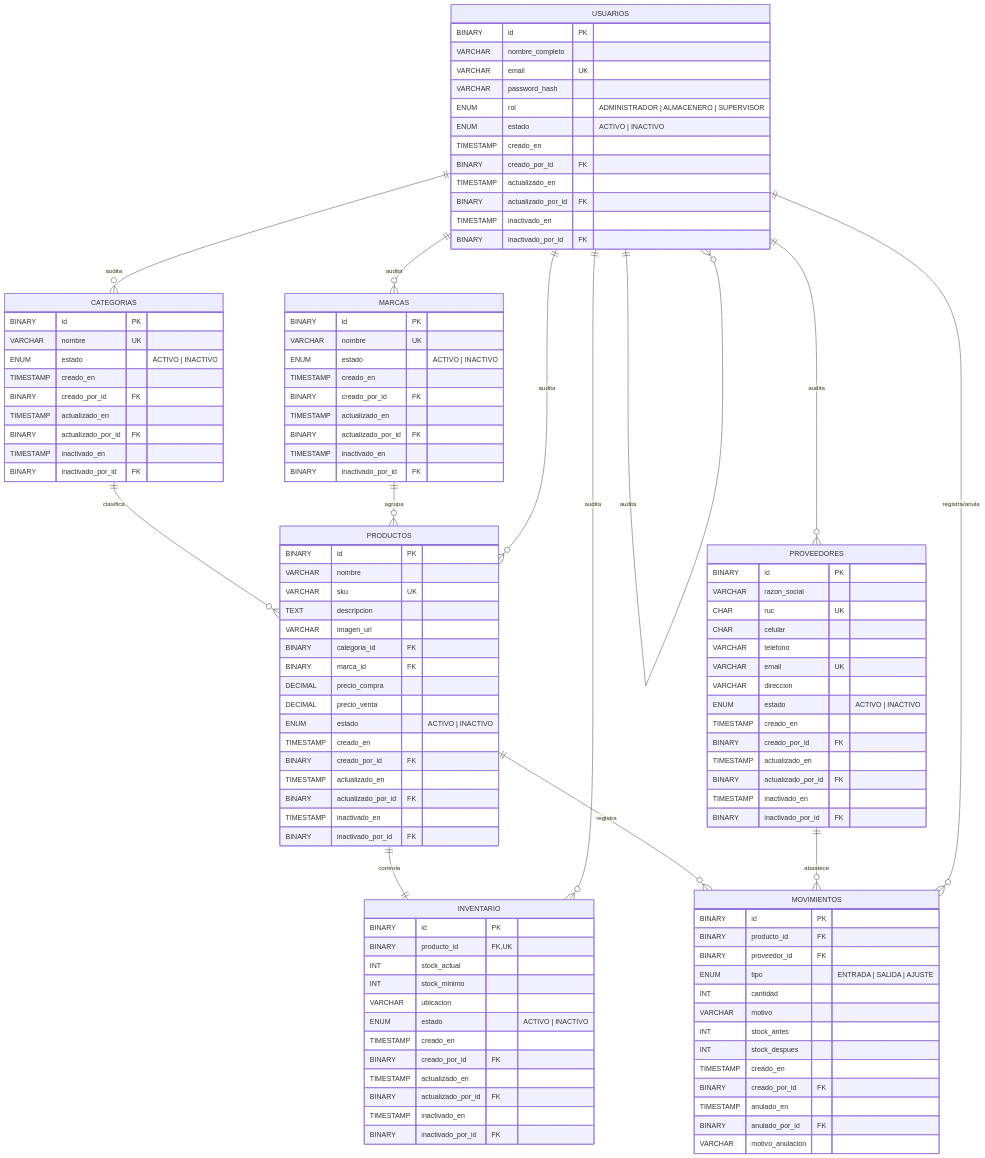
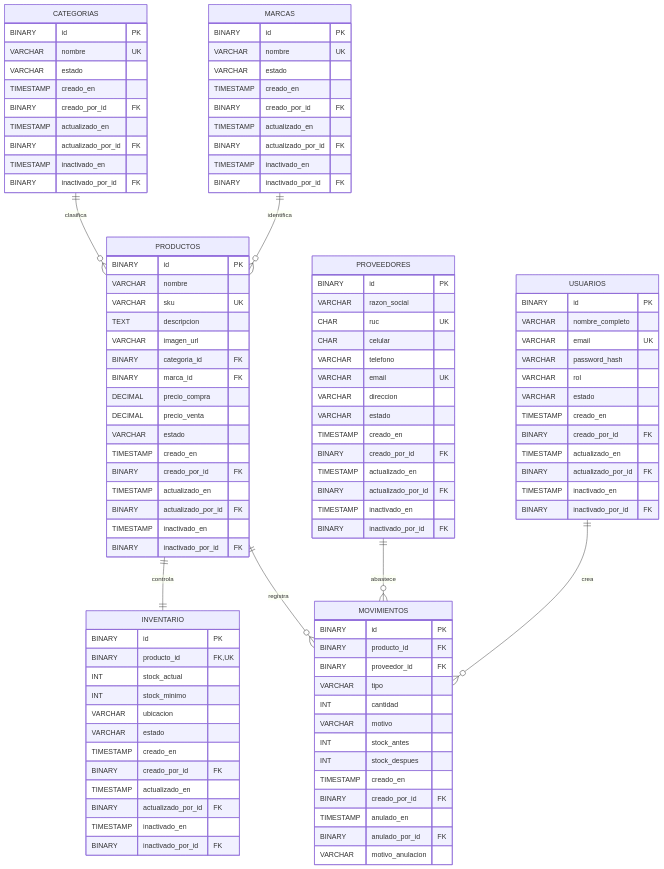
The diagram in README.md (Espiritu16/titishop-backend-springboot), drawn with Mermaid before and after one commit. The commit also changed other lines of this file, not shown here.

````diff
--- a/README.md
+++ b/README.md
@@ -201,8 +312,8 @@
         VARCHAR nombre_completo
         VARCHAR email UK
         VARCHAR password_hash
-        ENUM rol "ADMINISTRADOR | ALMACENERO | SUPERVISOR"
-        ENUM estado "ACTIVO | INACTIVO"
+        VARCHAR rol
+        VARCHAR estado
         TIMESTAMP creado_en
         BINARY creado_por_id FK
         TIMESTAMP actualizado_en
@@ -214,7 +325,7 @@
     CATEGORIAS {
         BINARY id PK
         VARCHAR nombre UK
-        ENUM estado "ACTIVO | INACTIVO"
+        VARCHAR estado
         TIMESTAMP creado_en
         BINARY creado_por_id FK
         TIMESTAMP actualizado_en
@@ -226,7 +337,7 @@
     MARCAS {
         BINARY id PK
         VARCHAR nombre UK
-        ENUM estado "ACTIVO | INACTIVO"
+        VARCHAR estado
         TIMESTAMP creado_en
         BINARY creado_por_id FK
         TIMESTAMP actualizado_en
@@ -245,7 +356,7 @@
         BINARY marca_id FK
         DECIMAL precio_compra
         DECIMAL precio_venta
-        ENUM estado "ACTIVO | INACTIVO"
+        VARCHAR estado
         TIMESTAMP creado_en
         BINARY creado_por_id FK
         TIMESTAMP actualizado_en
@@ -262,7 +373,7 @@
         VARCHAR telefono
         VARCHAR email UK
         VARCHAR direccion
-        ENUM estado "ACTIVO | INACTIVO"
+        VARCHAR estado
         TIMESTAMP creado_en
         BINARY creado_por_id FK
         TIMESTAMP actualizado_en
@@ -277,7 +388,7 @@
         INT stock_actual
         INT stock_minimo
         VARCHAR ubicacion
-        ENUM estado "ACTIVO | INACTIVO"
+        VARCHAR estado
         TIMESTAMP creado_en
         BINARY creado_por_id FK
         TIMESTAMP actualizado_en
@@ -290,7 +401,7 @@
         BINARY id PK
         BINARY producto_id FK
         BINARY proveedor_id FK
-        ENUM tipo "ENTRADA | SALIDA | AJUSTE"
+        VARCHAR tipo
         INT cantidad
         VARCHAR motivo
         INT stock_antes
@@ -303,15 +414,9 @@
     }
 
     CATEGORIAS ||--o{ PRODUCTOS : "clasifica"
-    MARCAS ||--o{ PRODUCTOS : "agrupa"
+    MARCAS ||--o{ PRODUCTOS : "identifica"
     PRODUCTOS ||--|| INVENTARIO : "controla"
     PRODUCTOS ||--o{ MOVIMIENTOS : "registra"
     PROVEEDORES ||--o{ MOVIMIENTOS : "abastece"
-    USUARIOS ||--o{ USUARIOS : "audita"
-    USUARIOS ||--o{ CATEGORIAS : "audita"
-    USUARIOS ||--o{ MARCAS : "audita"
-    USUARIOS ||--o{ PRODUCTOS : "audita"
-    USUARIOS ||--o{ PROVEEDORES : "audita"
-    USUARIOS ||--o{ INVENTARIO : "audita"
-    USUARIOS ||--o{ MOVIMIENTOS : "registra/anula"
+    USUARIOS ||--o{ MOVIMIENTOS : "crea"
 ```
````
